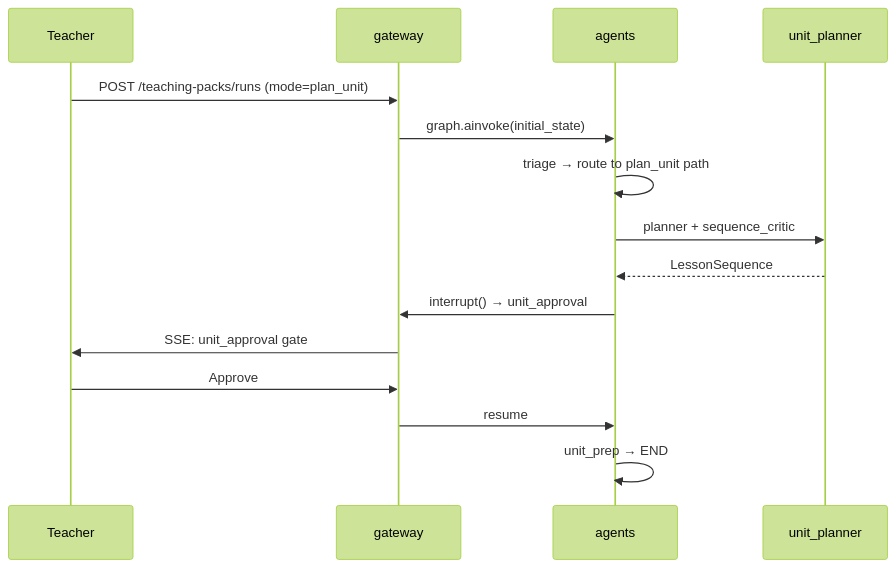
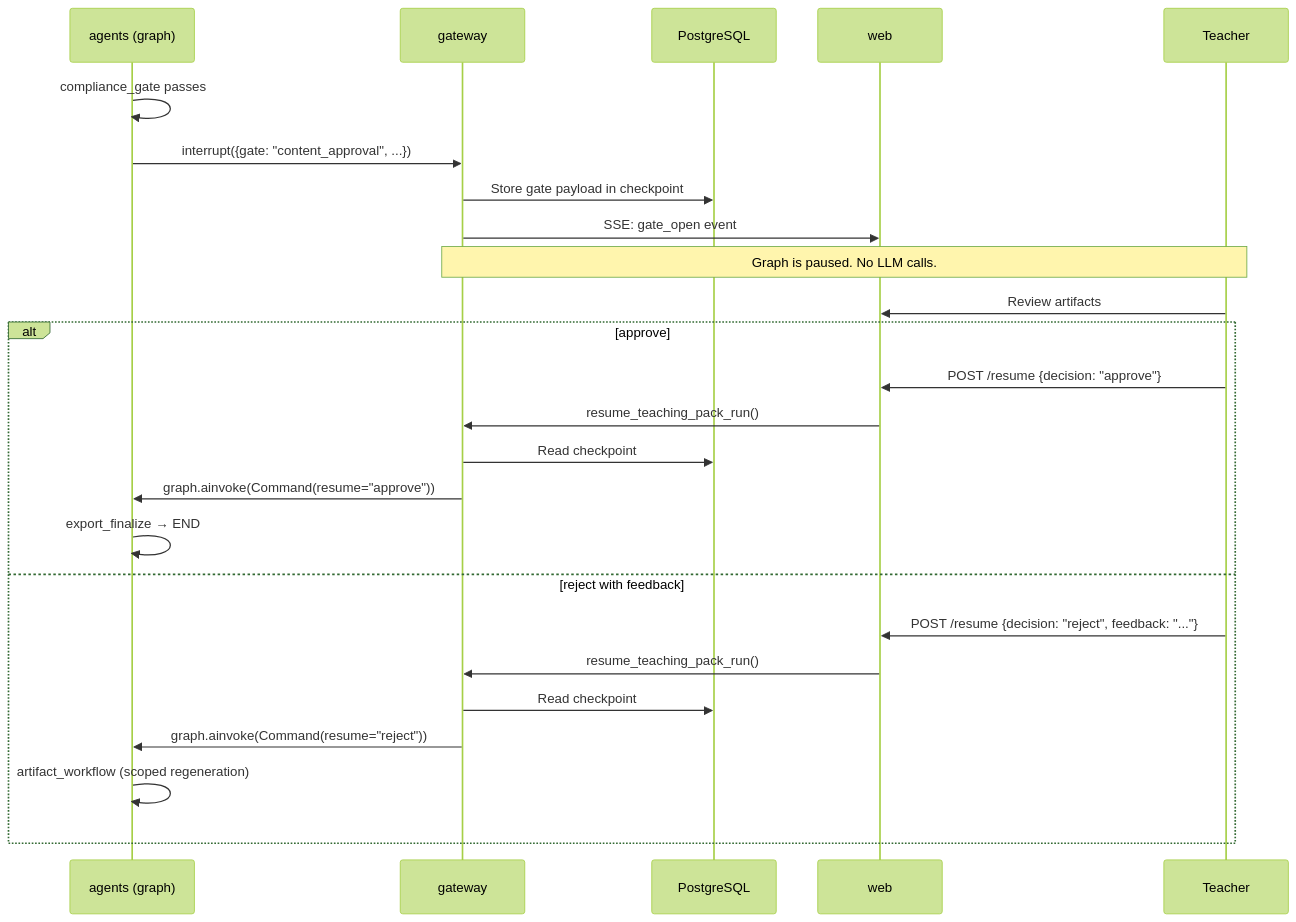
One commit to maemreyo/oh-my-class changed the fourth of 5 diagrams in docs/anatomy/system-diagram.md. Above: the diagram before and after it, drawn with Mermaid (forest theme). The commit also changed other lines of this file and 8 other files, not shown here.

````diff
--- a/docs/anatomy/system-diagram.md
+++ b/docs/anatomy/system-diagram.md
@@ -99,18 +139,28 @@
 ```mermaid
 sequenceDiagram
+    participant A as agents (graph)
+    participant G as gateway
+    participant DB as PostgreSQL
+    participant W as web
     participant T as Teacher
-    participant G as gateway
-    participant A as agents
-    participant U as unit_planner
 
-    T->>G: POST /teaching-packs/runs (mode=plan_unit)
-    G->>A: graph.ainvoke(initial_state)
-    A->>A: triage → route to plan_unit path
-    A->>U: planner + sequence_critic
-    U-->>A: LessonSequence
-    A->>G: interrupt() → unit_approval
-    G->>T: SSE: unit_approval gate
-    T->>G: Approve
-    G->>A: resume
-    A->>A: unit_prep → END
+    A->>A: compliance_gate passes
+    A->>G: interrupt({gate: "content_approval", ...})
+    G->>DB: Store gate payload in checkpoint
+    G->>W: SSE: gate_open event
+    Note over G,T: Graph is paused. No LLM calls.
+    T->>W: Review artifacts
+    alt approve
+        T->>W: POST /resume {decision: "approve"}
+        W->>G: resume_teaching_pack_run()
+        G->>DB: Read checkpoint
+        G->>A: graph.ainvoke(Command(resume="approve"))
+        A->>A: export_finalize → END
+    else reject with feedback
+        T->>W: POST /resume {decision: "reject", feedback: "..."}
+        W->>G: resume_teaching_pack_run()
+        G->>DB: Read checkpoint
+        G->>A: graph.ainvoke(Command(resume="reject"))
+        A->>A: artifact_workflow (scoped regeneration)
+    end
 ```
````
